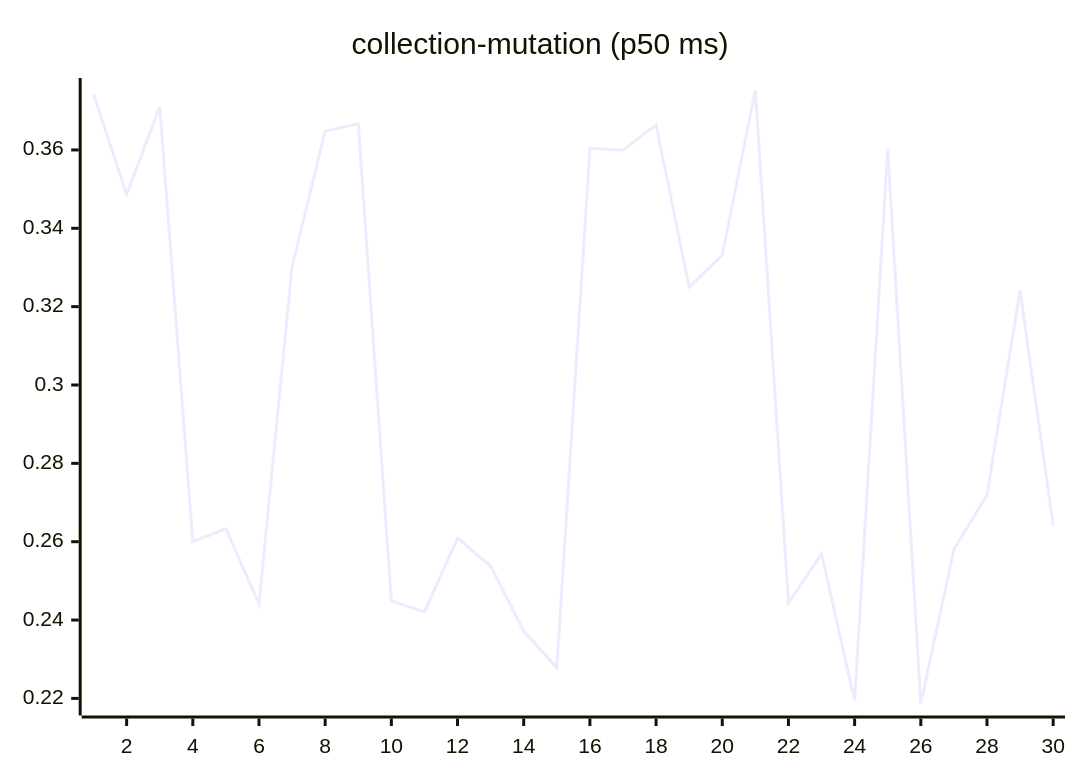
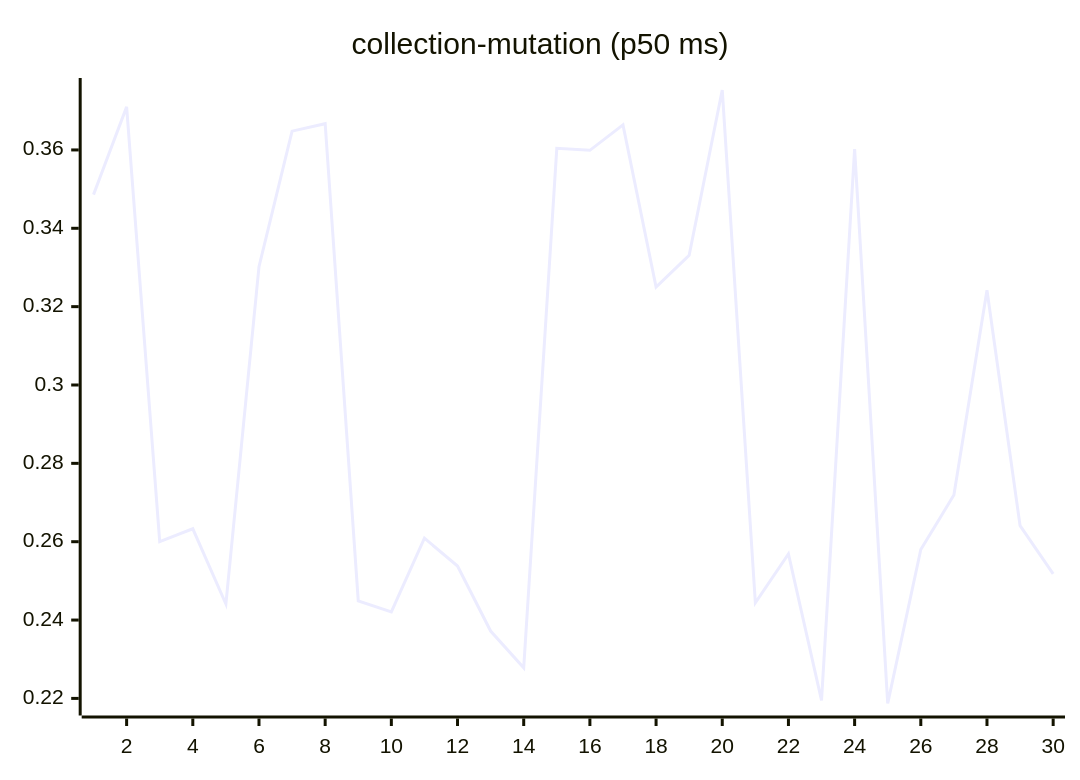
The sixth of 27 diagrams in README.md (josha/Facet), drawn with Mermaid before and after one commit. The commit also changed other lines of this file and 2 other files, not shown here.

````diff
--- a/README.md
+++ b/README.md
@@ -98,6 +98,6 @@
 ```mermaid
 xychart-beta
     title "collection-mutation (p50 ms)"
     x-axis 1 --> 30
-    line [0.3743, 0.3486, 0.3710, 0.2600, 0.2633, 0.2441, 0.3302, 0.3648, 0.3667, 0.2449, 0.2421, 0.2609, 0.2538, 0.2372, 0.2278, 0.3604, 0.3599, 0.3664, 0.3250, 0.3331, 0.3753, 0.2444, 0.2569, 0.2195, 0.3602, 0.2187, 0.2580, 0.2719, 0.3242, 0.2641]
+    line [0.3486, 0.3710, 0.2600, 0.2633, 0.2441, 0.3302, 0.3648, 0.3667, 0.2449, 0.2421, 0.2609, 0.2538, 0.2372, 0.2278, 0.3604, 0.3599, 0.3664, 0.3250, 0.3331, 0.3753, 0.2444, 0.2569, 0.2195, 0.3602, 0.2187, 0.2580, 0.2719, 0.3242, 0.2641, 0.2518]
 ```
````
